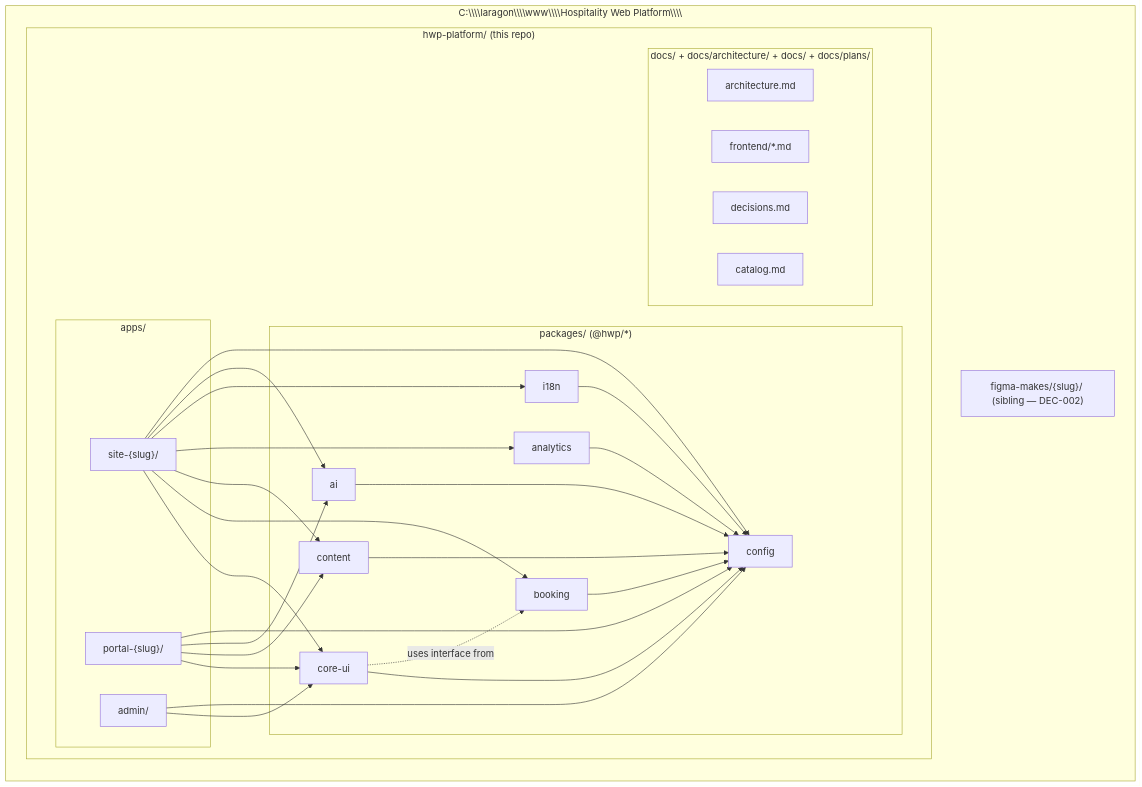
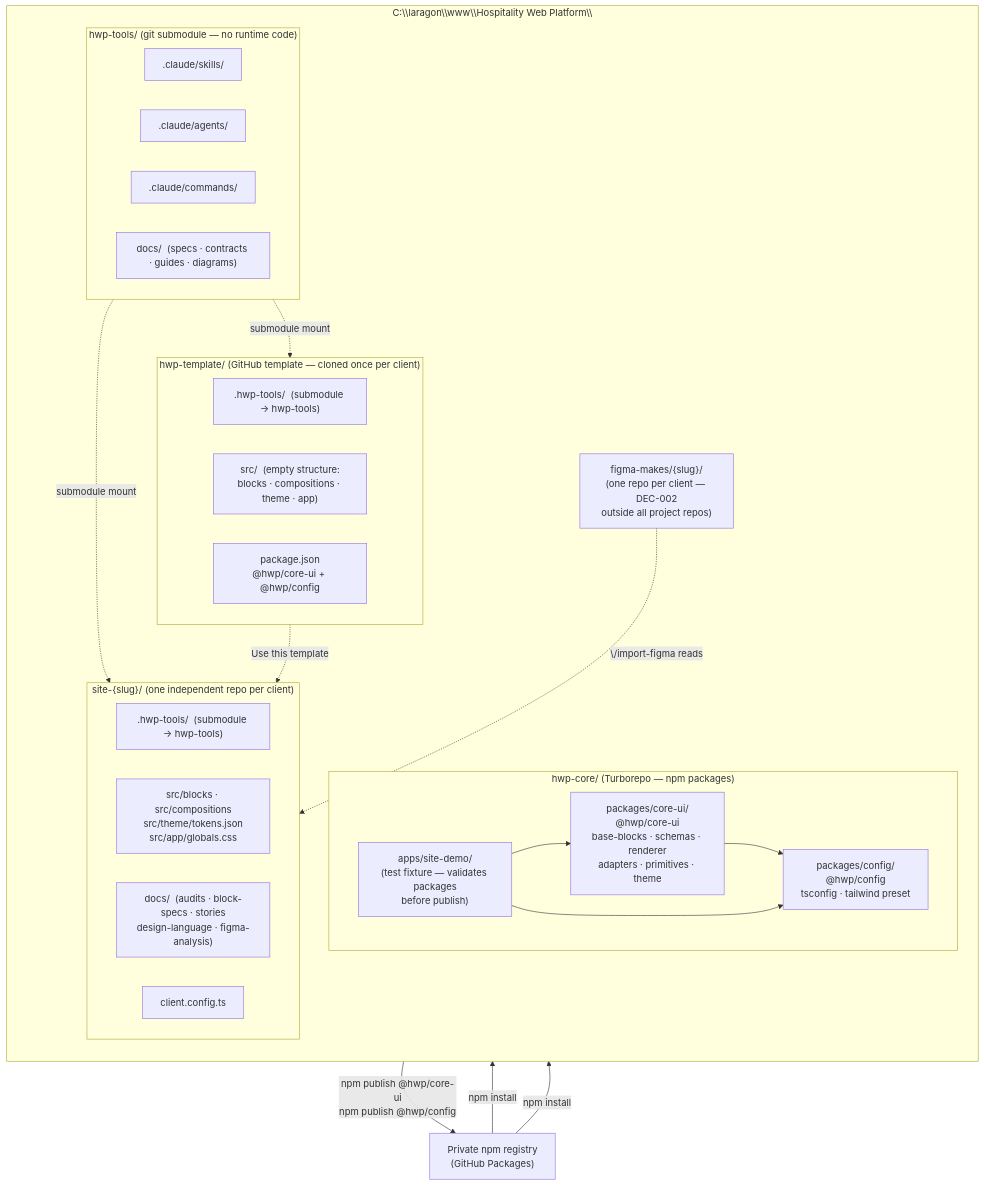
One commit to AD-Web-Headless-IA/hwe-tools changed the diagram in docs/diagrams/monorepo-overview.md. Above: the diagram before and after it, drawn with Mermaid. The commit also changed other lines of this file and 7 other files, not shown here.

First line of the commit message:
docs(diagrams): update all diagrams for DEC-017 three-repo architecture

````diff
--- a/docs/diagrams/monorepo-overview.md
+++ b/docs/diagrams/monorepo-overview.md
@@ -7,56 +7,51 @@
 ```mermaid
-flowchart LR
-  subgraph workspace["C:\\\\laragon\\\\www\\\\Hospitality Web Platform\\\\"]
-    subgraph hwp["hwp-platform/ (this repo)"]
-      subgraph apps["apps/"]
-        site["site-{slug}/"]
-        portal["portal-{slug}/"]
-        admin["admin/"]
-      end
+flowchart TB
+  subgraph workspace["C:\\laragon\\www\\Hospitality Web Platform\\"]
+    direction TB
 
-      subgraph packages["packages/ (@hwp/*)"]
-        coreui["core-ui"]
-        booking["booking"]
-        content["content"]
-        analytics["analytics"]
-        i18n["i18n"]
-        ai["ai"]
-        config["config"]
-      end
-
-      subgraph docs["docs/ + docs/architecture/ + docs/ + docs/plans/"]
-        arch["architecture.md"]
-        frontend["frontend/*.md"]
-        decisions["decisions.md"]
-        catalog["catalog.md"]
-      end
+    subgraph tools["hwp-tools/  (git submodule — no runtime code)"]
+      direction LR
+      skills[".claude/skills/"]
+      agents[".claude/agents/"]
+      commands[".claude/commands/"]
+      docs_t["docs/  (specs · contracts · guides · diagrams)"]
     end
 
-    figma["figma-makes/{slug}/ (sibling — DEC-002)"]
+    subgraph core["hwp-core/  (Turborepo — npm packages)"]
+      direction LR
+      coreui["packages/core-ui/\n@hwp/core-ui\nbase-blocks · schemas · renderer\nadapters · primitives · theme"]
+      config["packages/config/\n@hwp/config\ntsconfig · tailwind preset"]
+      site_demo["apps/site-demo/\n(test fixture — validates packages\nbefore publish)"]
+      coreui --> config
+      site_demo --> coreui
+      site_demo --> config
+    end
+
+    subgraph template["hwp-template/  (GitHub template — cloned once per client)"]
+      direction LR
+      tmpl_tools[".hwp-tools/  (submodule → hwp-tools)"]
+      tmpl_src["src/  (empty structure:\nblocks · compositions · theme · app)"]
+      tmpl_pkg["package.json\n@hwp/core-ui + @hwp/config"]
+    end
+
+    subgraph clients["site-{slug}/  (one independent repo per client)"]
+      direction LR
+      client_tools[".hwp-tools/  (submodule → hwp-tools)"]
+      client_src["src/blocks · src/compositions\nsrc/theme/tokens.json\nsrc/app/globals.css"]
+      client_docs["docs/  (audits · block-specs · stories\ndesign-language · figma-analysis)"]
+      client_cfg["client.config.ts"]
+    end
+
+    figma["figma-makes/{slug}/\n(one repo per client — DEC-002\noutside all project repos)"]
   end
 
-  site --> coreui
-  site --> booking
-  site --> content
-  site --> analytics
-  site --> i18n
-  site --> ai
-  site --> config
+  registry["Private npm registry\n(GitHub Packages)"]
 
-  portal --> coreui
-  portal --> content
-  portal --> ai
-  portal --> config
-
-  admin --> coreui
-  admin --> config
-
-  coreui --> config
-  booking --> config
-  content --> config
-  analytics --> config
-  i18n --> config
-  ai --> config
-
-  coreui -.uses interface from.-> booking
+  tools -.submodule mount.-> template
+  tools -.submodule mount.-> clients
+  core -- "npm publish @hwp/core-ui\nnpm publish @hwp/config" --> registry
+  registry -- "npm install" --> template
+  registry -- "npm install" --> clients
+  template -."Use this template".-> clients
+  figma -."\/import-figma reads".-> clients
 ```
````
